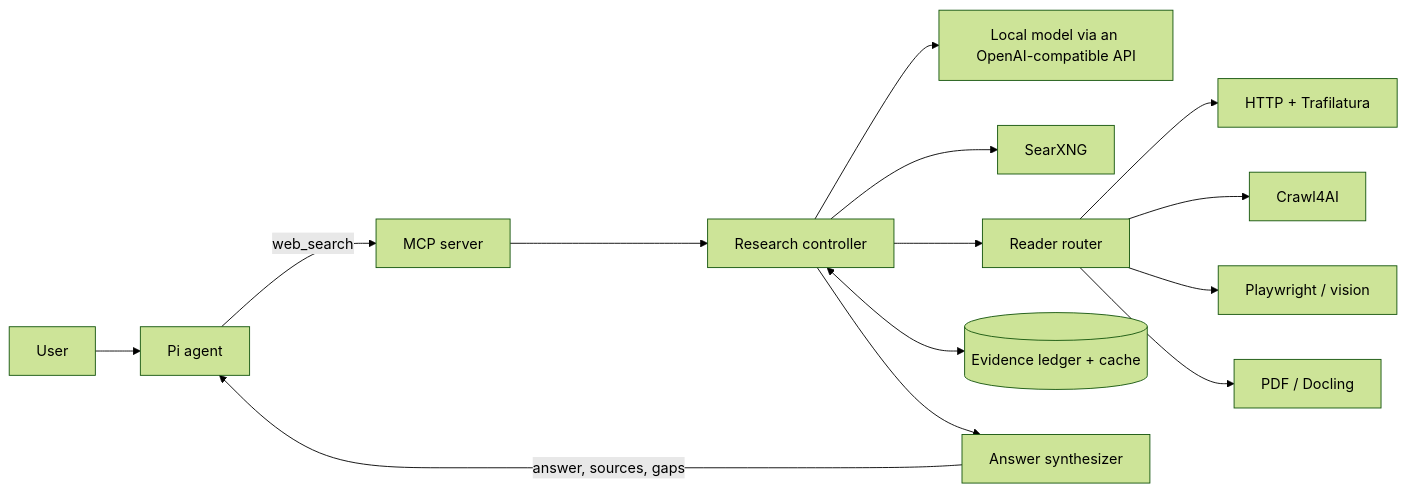
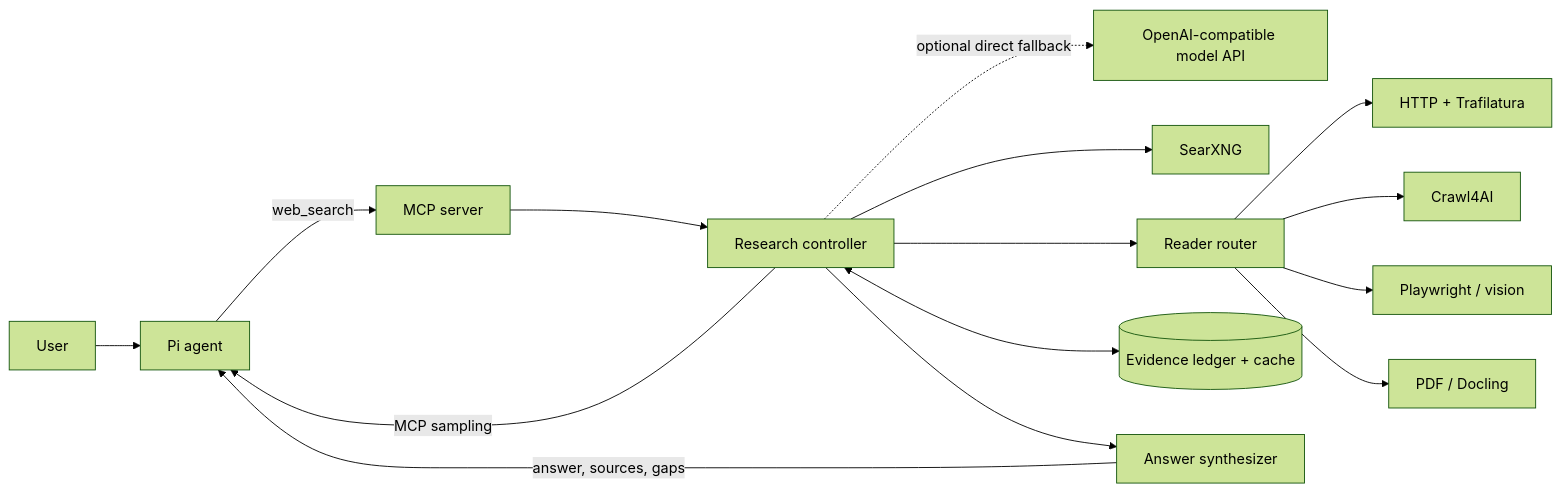
Before and after one commit to Dmitry-Kaleykin/web-search: the diagram in ARCHITECTURE.md, drawn with Mermaid (forest theme). The commit also changed other lines of this file and 15 other files, not shown here.

Commit message:
mcp sampling

````diff
--- a/ARCHITECTURE.md
+++ b/ARCHITECTURE.md
@@ -30,16 +30,17 @@
 ```mermaid
 flowchart LR
     U[User] --> P[Pi agent]
     P -->|web_search| M[MCP server]
     M --> C[Research controller]
-    C --> L[Local model via an OpenAI-compatible API]
+    C -->|MCP sampling| P
+    C -. optional direct fallback .-> L[OpenAI-compatible model API]
     C --> S[SearXNG]
     C --> R[Reader router]
     R --> T[HTTP + Trafilatura]
     R --> W[Crawl4AI]
     R --> B[Playwright / vision]
     R --> D[PDF / Docling]
     C <--> E[(Evidence ledger + cache)]
     C --> A[Answer synthesizer]
     A -->|answer, sources, gaps| P
 ```
````
